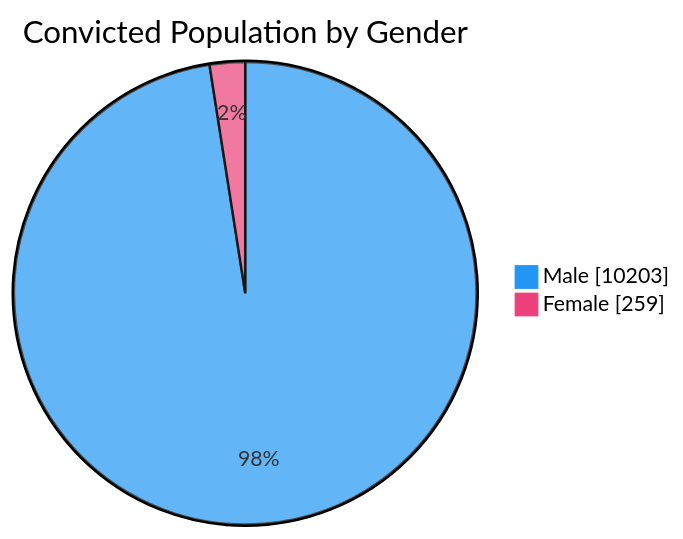
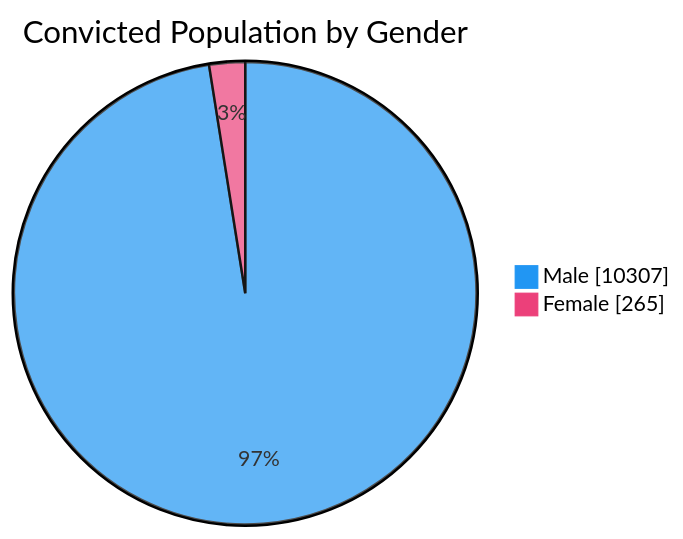
Before and after one commit to nuuuwan/lk_prisons: the third of 7 diagrams in README.md, drawn with Mermaid. The commit also changed other lines of this file and 1 other file, not shown here.

````diff
--- a/README.md
+++ b/README.md
@@ -65,6 +65,6 @@
 ```mermaid
 %%{init: {'themeVariables': {'pie1': '#2196F3', 'pie2': '#EC407A'}}}%%
 pie showData title Convicted Population by Gender
-    "Male" : 10203
-    "Female" : 259
+    "Male" : 10307
+    "Female" : 265
 ```
````
